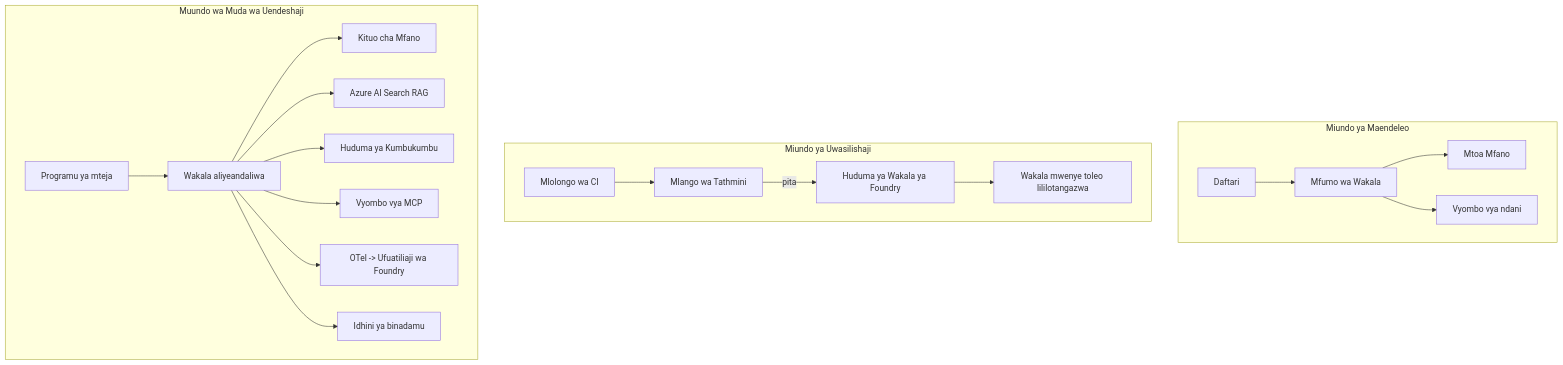
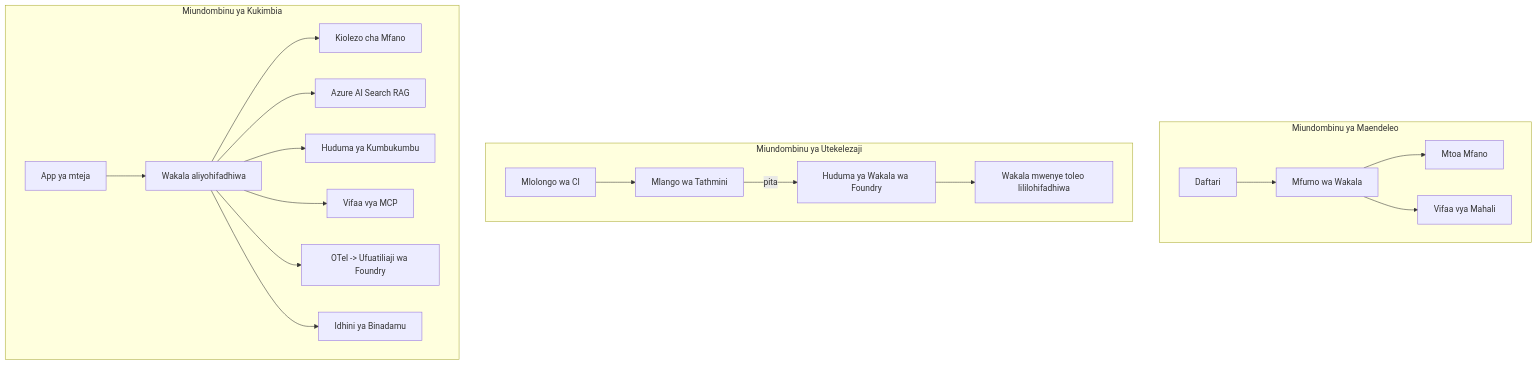
The fourth of 4 diagrams in mirrors/repos/microsoft@ai-agents-for-beginners/translations/sw/16-deploying-scalable-agents/README.md (gabrielmoreira/agent-skills-mirror), drawn with Mermaid before and after one commit. The commit also changed other lines of this file and 4262 other files, not shown here.

````diff
--- a/mirrors/repos/microsoft@ai-agents-for-beginners/translations/sw/16-deploying-scalable-agents/README.md
+++ b/mirrors/repos/microsoft@ai-agents-for-beginners/translations/sw/16-deploying-scalable-agents/README.md
@@ -185,22 +185,22 @@
 ```mermaid
 flowchart TB
-    subgraph Dev[Miundo ya Maendeleo]
+    subgraph Dev[Miundombinu ya Maendeleo]
         D1[Daftari] --> D2[Mfumo wa Wakala]
         D2 --> D3[Mtoa Mfano]
-        D2 --> D4[Vyombo vya ndani]
+        D2 --> D4[Vifaa vya Mahali]
     end
-    subgraph Deploy[Miundo ya Uwasilishaji]
+    subgraph Deploy[Miundombinu ya Utekelezaji]
         E1[Mlolongo wa CI] --> E2[Mlango wa Tathmini]
-        E2 -->|pita| E3[Huduma ya Wakala ya Foundry]
-        E3 --> E4[Wakala mwenye toleo lililotangazwa]
+        E2 -->|pita| E3[Huduma ya Wakala wa Foundry]
+        E3 --> E4[Wakala mwenye toleo lililohifadhiwa]
     end
-    subgraph Run[Muundo wa Muda wa Uendeshaji]
-        F1[Programu ya mteja] --> F2[Wakala aliyeandaliwa]
-        F2 --> F3[Kituo cha Mfano]
+    subgraph Run[Miundombinu ya Kukimbia]
+        F1[App ya mteja] --> F2[Wakala aliyohifadhiwa]
+        F2 --> F3[Kiolezo cha Mfano]
         F2 --> F4[Azure AI Search RAG]
         F2 --> F5[Huduma ya Kumbukumbu]
-        F2 --> F6[Vyombo vya MCP]
+        F2 --> F6[Vifaa vya MCP]
         F2 --> F7[OTel -> Ufuatiliaji wa Foundry]
-        F2 --> F8[Idhini ya binadamu]
+        F2 --> F8[Idhini ya Binadamu]
     end
 ```
````
